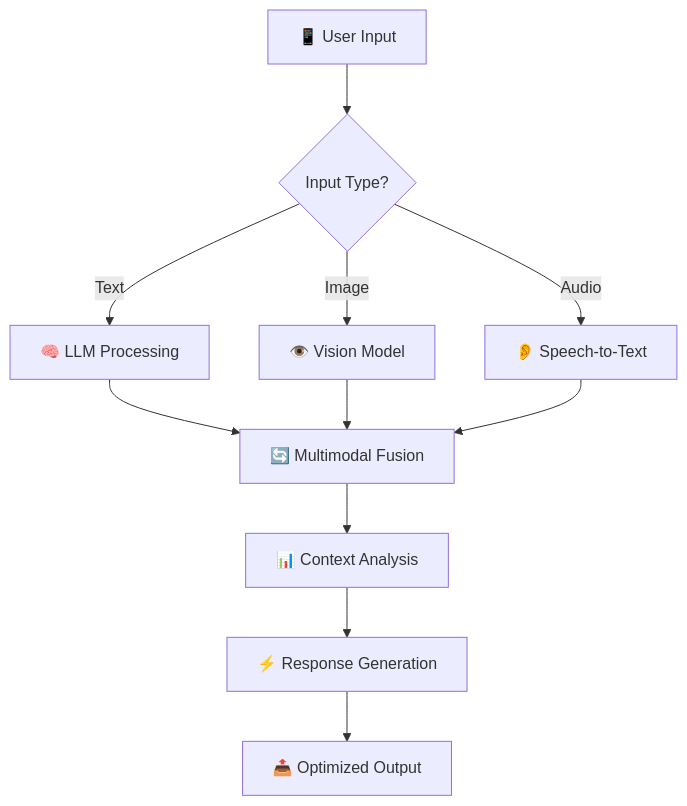
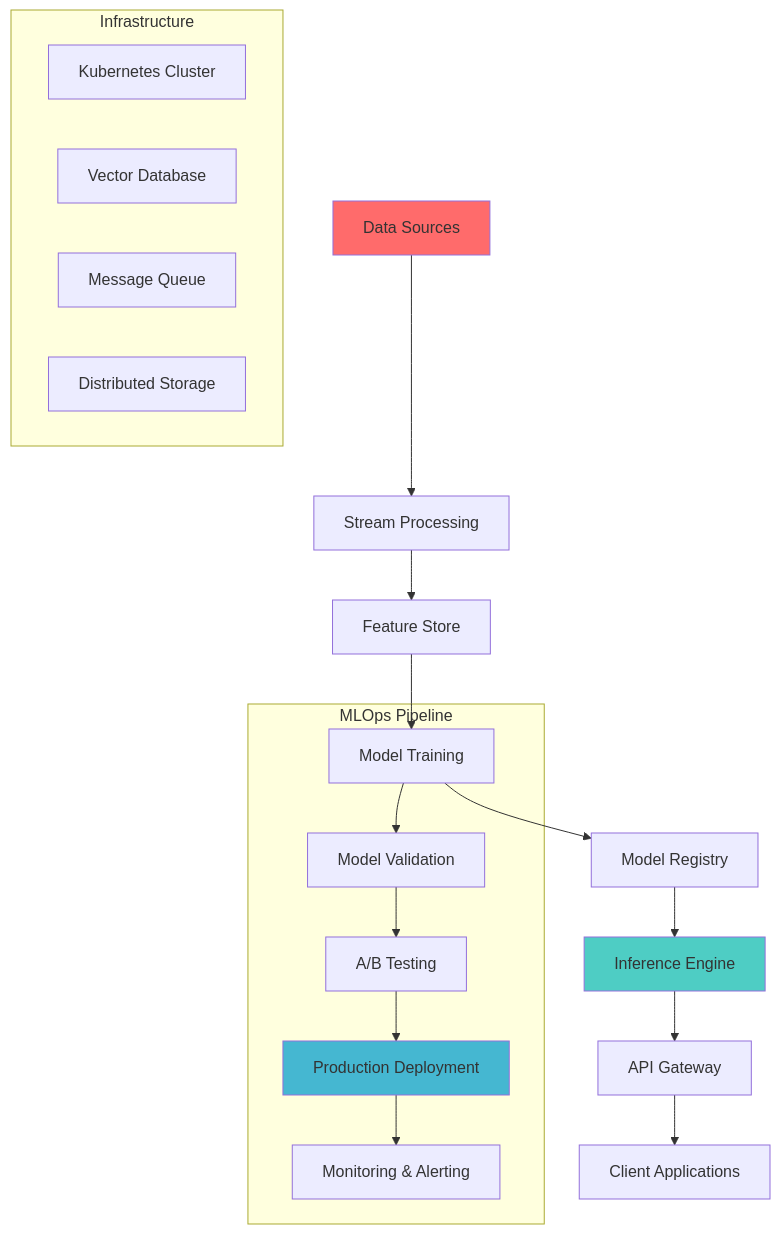
Before and after one commit to Sejjjalll/My_Profile: the diagram in README.md, drawn with Mermaid. The commit also changed other lines of this file, not shown here.

````diff
--- a/README.md
+++ b/README.md
@@ -116,13 +71,28 @@
 ```mermaid
 graph TB
-    A[📱 User Input] --> B{Input Type?}
-    B -->|Text| C[🧠 LLM Processing]
-    B -->|Image| D[👁️ Vision Model]
-    B -->|Audio| E[👂 Speech-to-Text]
-    C --> F[🔄 Multimodal Fusion]
-    D --> F
-    E --> F
-    F --> G[📊 Context Analysis]
-    G --> H[⚡ Response Generation]
-    H --> I[📤 Optimized Output]
+    A[Data Sources] --> B[Stream Processing]
+    B --> C[Feature Store]
+    C --> D[Model Training]
+    D --> E[Model Registry]
+    E --> F[Inference Engine]
+    F --> G[API Gateway]
+    G --> H[Client Applications]
+    
+    subgraph "MLOps Pipeline"
+        D --> I[Model Validation]
+        I --> J[A/B Testing]
+        J --> K[Production Deployment]
+        K --> L[Monitoring & Alerting]
+    end
+    
+    subgraph "Infrastructure"
+        M[Kubernetes Cluster]
+        N[Vector Database]
+        O[Message Queue]
+        P[Distributed Storage]
+    end
+    
+    style A fill:#ff6b6b
+    style F fill:#4ecdc4
+    style K fill:#45b7d1
 ```
````
